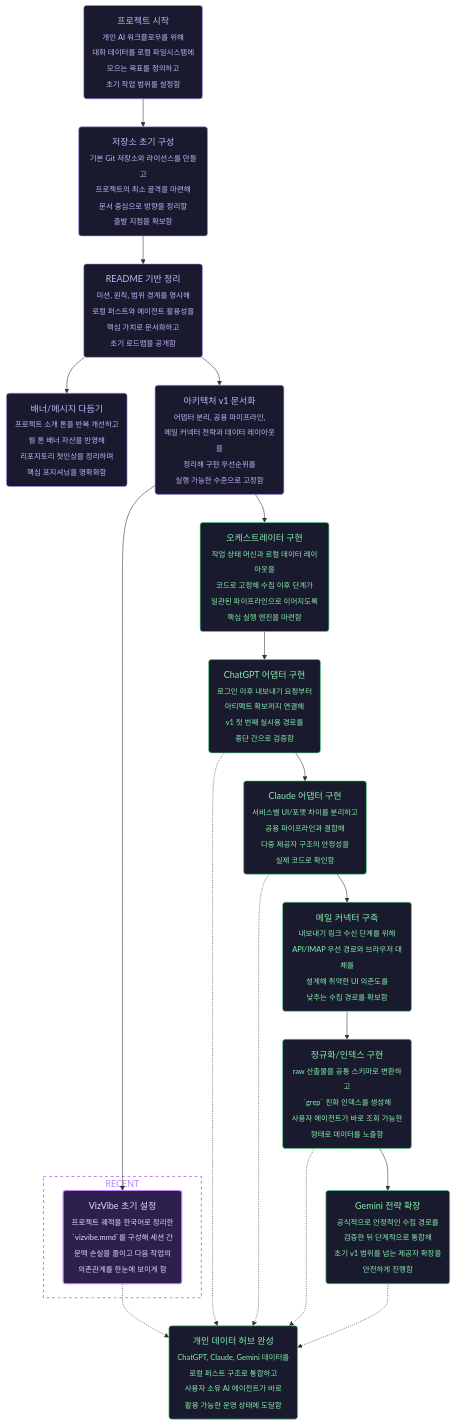
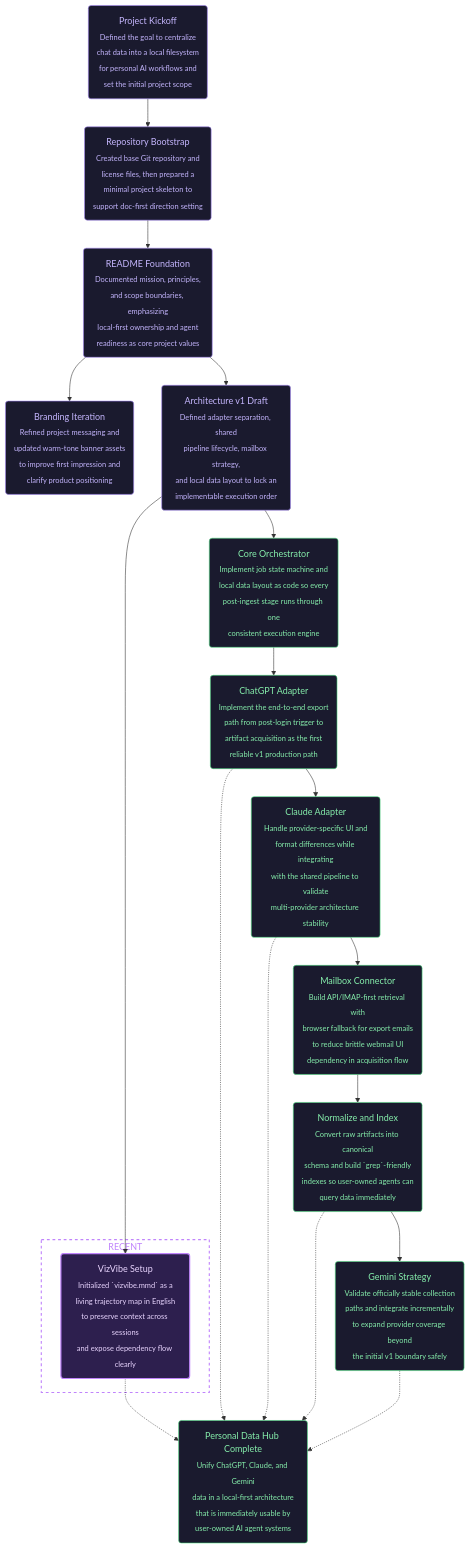
One commit to minglelabs/minglebot changed the diagram in vizvibe.mmd. Above: the diagram before and after it, drawn with Mermaid.

Commit message:
chore: convert vizvibe trajectory to English

```diff
--- a/vizvibe.mmd
+++ b/vizvibe.mmd
@@ -1,82 +1,82 @@
 flowchart TD
     %% === PROJECT GOALS ===
-    %% Ultimate Goal: 개인 AI 에이전트가 바로 활용 가능한 로컬 퍼스트 데이터 허브 완성
-    %% Current Goal: 수집-정규화-인덱싱 파이프라인 v1 구현 기반 정리
+    %% Ultimate Goal: Complete a local-first data hub usable by personal AI agents
+    %% Current Goal: Prepare the v1 implementation path for ingest-normalize-index pipeline
 
     %% === COMPLETED WORK ===
     %% @project_start [start, closed, 2026-02-13, nam]
-    project_start("프로젝트 시작<br/><sub>개인 AI 워크플로우를 위해<br/>대화 데이터를 로컬 파일시스템에<br/>모으는 목표를 정의하고<br/>초기 작업 범위를 설정함</sub>")
+    project_start("Project Kickoff<br/><sub>Defined the goal to centralize<br/>chat data into a local filesystem<br/>for personal AI workflows and<br/>set the initial project scope</sub>")
 
     %% @repo_bootstrap [ai-task, closed, 2026-02-13, nam]
-    repo_bootstrap("저장소 초기 구성<br/><sub>기본 Git 저장소와 라이선스를 만들고<br/>프로젝트의 최소 골격을 마련해<br/>문서 중심으로 방향을 정리할<br/>출발 지점을 확보함</sub>")
+    repo_bootstrap("Repository Bootstrap<br/><sub>Created base Git repository and<br/>license files, then prepared a<br/>minimal project skeleton to<br/>support doc-first direction setting</sub>")
 
     %% @readme_foundation [ai-task, closed, 2026-02-13, nam]
-    readme_foundation("README 기반 정리<br/><sub>미션, 원칙, 범위 경계를 명시해<br/>로컬 퍼스트와 에이전트 활용성을<br/>핵심 가치로 문서화하고<br/>초기 로드맵을 공개함</sub>")
+    readme_foundation("README Foundation<br/><sub>Documented mission, principles,<br/>and scope boundaries, emphasizing<br/>local-first ownership and agent<br/>readiness as core project values</sub>")
 
     %% @branding_iteration [ai-task, closed, 2026-02-13, nam]
-    branding_iteration("배너/메시지 다듬기<br/><sub>프로젝트 소개 톤을 반복 개선하고<br/>웜 톤 배너 자산을 반영해<br/>리포지토리 첫인상을 정리하며<br/>핵심 포지셔닝을 명확화함</sub>")
+    branding_iteration("Branding Iteration<br/><sub>Refined project messaging and<br/>updated warm-tone banner assets<br/>to improve first impression and<br/>clarify product positioning</sub>")
 
     %% @architecture_v1 [ai-task, closed, 2026-02-13, nam]
-    architecture_v1("아키텍처 v1 문서화<br/><sub>어댑터 분리, 공용 파이프라인,<br/>메일 커넥터 전략과 데이터 레이아웃을<br/>정리해 구현 우선순위를<br/>실행 가능한 수준으로 고정함</sub>")
+    architecture_v1("Architecture v1 Draft<br/><sub>Defined adapter separation, shared<br/>pipeline lifecycle, mailbox strategy,<br/>and local data layout to lock an<br/>implementable execution order</sub>")
 
     %% @vizvibe_setup [ai-task, closed, 2026-02-13, nam]
-    vizvibe_setup("VizVibe 초기 설정<br/><sub>프로젝트 궤적을 한국어로 정리한<br/>`vizvibe.mmd`를 구성해 세션 간<br/>문맥 손실을 줄이고 다음 작업의<br/>의존관계를 한눈에 보이게 함</sub>")
+    vizvibe_setup("VizVibe Setup<br/><sub>Initialized `vizvibe.mmd` as a<br/>living trajectory map in English<br/>to preserve context across sessions<br/>and expose dependency flow clearly</sub>")
 
     %% === FUTURE WORK ===
     %% @core_orchestrator [ai-task, opened, 2026-02-13, nam]
-    core_orchestrator("오케스트레이터 구현<br/><sub>작업 상태 머신과 로컬 데이터 레이아웃을<br/>코드로 고정해 수집 이후 단계가<br/>일관된 파이프라인으로 이어지도록<br/>핵심 실행 엔진을 마련함</sub>")
+    core_orchestrator("Core Orchestrator<br/><sub>Implement job state machine and<br/>local data layout as code so every<br/>post-ingest stage runs through one<br/>consistent execution engine</sub>")
 
     %% @chatgpt_adapter [ai-task, opened, 2026-02-13, nam]
-    chatgpt_adapter("ChatGPT 어댑터 구현<br/><sub>로그인 이후 내보내기 요청부터<br/>아티팩트 확보까지 연결해<br/>v1 첫 번째 실사용 경로를<br/>종단 간으로 검증함</sub>")
+    chatgpt_adapter("ChatGPT Adapter<br/><sub>Implement the end-to-end export<br/>path from post-login trigger to<br/>artifact acquisition as the first<br/>reliable v1 production path</sub>")
 
     %% @claude_adapter [ai-task, opened, 2026-02-13, nam]
-    claude_adapter("Claude 어댑터 구현<br/><sub>서비스별 UI/포맷 차이를 분리하고<br/>공용 파이프라인과 결합해<br/>다중 제공자 구조의 안정성을<br/>실제 코드로 확인함</sub>")
+    claude_adapter("Claude Adapter<br/><sub>Handle provider-specific UI and<br/>format differences while integrating<br/>with the shared pipeline to validate<br/>multi-provider architecture stability</sub>")
 
     %% @mail_connector [ai-task, opened, 2026-02-13, nam]
-    mail_connector("메일 커넥터 구축<br/><sub>내보내기 링크 수신 단계를 위해<br/>API/IMAP 우선 경로와 브라우저 대체를<br/>설계해 취약한 UI 의존도를<br/>낮추는 수집 경로를 확보함</sub>")
+    mail_connector("Mailbox Connector<br/><sub>Build API/IMAP-first retrieval with<br/>browser fallback for export emails<br/>to reduce brittle webmail UI<br/>dependency in acquisition flow</sub>")
 
     %% @normalize_index [ai-task, opened, 2026-02-13, nam]
-    normalize_index("정규화/인덱스 구현<br/><sub>raw 산출물을 공통 스키마로 변환하고<br/>`grep` 친화 인덱스를 생성해<br/>사용자 에이전트가 바로 조회 가능한<br/>형태로 데이터를 노출함</sub>")
+    normalize_index("Normalize and Index<br/><sub>Convert raw artifacts into canonical<br/>schema and build `grep`-friendly<br/>indexes so user-owned agents can<br/>query data immediately</sub>")
 
     %% @gemini_strategy [ai-task, opened, 2026-02-13, nam]
-    gemini_strategy("Gemini 전략 확장<br/><sub>공식적으로 안정적인 수집 경로를<br/>검증한 뒤 단계적으로 통합해<br/>초기 v1 범위를 넘는 제공자 확장을<br/>안전하게 진행함</sub>")
+    gemini_strategy("Gemini Strategy<br/><sub>Validate officially stable collection<br/>paths and integrate incrementally<br/>to expand provider coverage beyond<br/>the initial v1 boundary safely</sub>")
 
     %% @ultimate_goal [end, opened, 2026-02-13, nam]
-    ultimate_goal("개인 데이터 허브 완성<br/><sub>ChatGPT, Claude, Gemini 데이터를<br/>로컬 퍼스트 구조로 통합하고<br/>사용자 소유 AI 에이전트가 바로<br/>활용 가능한 운영 상태에 도달함</sub>")
+    ultimate_goal("Personal Data Hub Complete<br/><sub>Unify ChatGPT, Claude, and Gemini<br/>data in a local-first architecture<br/>that is immediately usable by<br/>user-owned AI agent systems</sub>")
 
     %% === CONNECTIONS ===
     project_start --> repo_bootstrap
     repo_bootstrap --> readme_foundation
     readme_foundation --> branding_iteration
     readme_foundation --> architecture_v1
     architecture_v1 --> vizvibe_setup
     architecture_v1 --> core_orchestrator
     core_orchestrator --> chatgpt_adapter --> claude_adapter --> mail_connector --> normalize_index --> gemini_strategy
     vizvibe_setup -.-> ultimate_goal
     chatgpt_adapter -.-> ultimate_goal
     claude_adapter -.-> ultimate_goal
     normalize_index -.-> ultimate_goal
     gemini_strategy -.-> ultimate_goal
 
     %% === RECENT WORK HIGHLIGHT ===
     subgraph recent [RECENT]
         vizvibe_setup
     end
 
     %% === STYLES ===
     style project_start fill:#1a1a2e,stroke:#a78bfa,color:#c4b5fd,stroke-width:1px
     style repo_bootstrap fill:#1a1a2e,stroke:#a78bfa,color:#c4b5fd,stroke-width:1px
     style readme_foundation fill:#1a1a2e,stroke:#a78bfa,color:#c4b5fd,stroke-width:1px
     style branding_iteration fill:#1a1a2e,stroke:#a78bfa,color:#c4b5fd,stroke-width:1px
     style architecture_v1 fill:#1a1a2e,stroke:#a78bfa,color:#c4b5fd,stroke-width:1px
 
     style core_orchestrator fill:#1a1a2e,stroke:#4ade80,color:#86efac,stroke-width:1px
     style chatgpt_adapter fill:#1a1a2e,stroke:#4ade80,color:#86efac,stroke-width:1px
     style claude_adapter fill:#1a1a2e,stroke:#4ade80,color:#86efac,stroke-width:1px
     style mail_connector fill:#1a1a2e,stroke:#4ade80,color:#86efac,stroke-width:1px
     style normalize_index fill:#1a1a2e,stroke:#4ade80,color:#86efac,stroke-width:1px
     style gemini_strategy fill:#1a1a2e,stroke:#4ade80,color:#86efac,stroke-width:1px
     style ultimate_goal fill:#1a1a2e,stroke:#4ade80,color:#86efac,stroke-width:1px
 
     style vizvibe_setup fill:#2d1f4e,stroke:#c084fc,color:#e9d5ff,stroke-width:2px
     style recent fill:transparent,stroke:#c084fc,color:#c084fc,stroke-width:2px,stroke-dasharray:5 5
```
